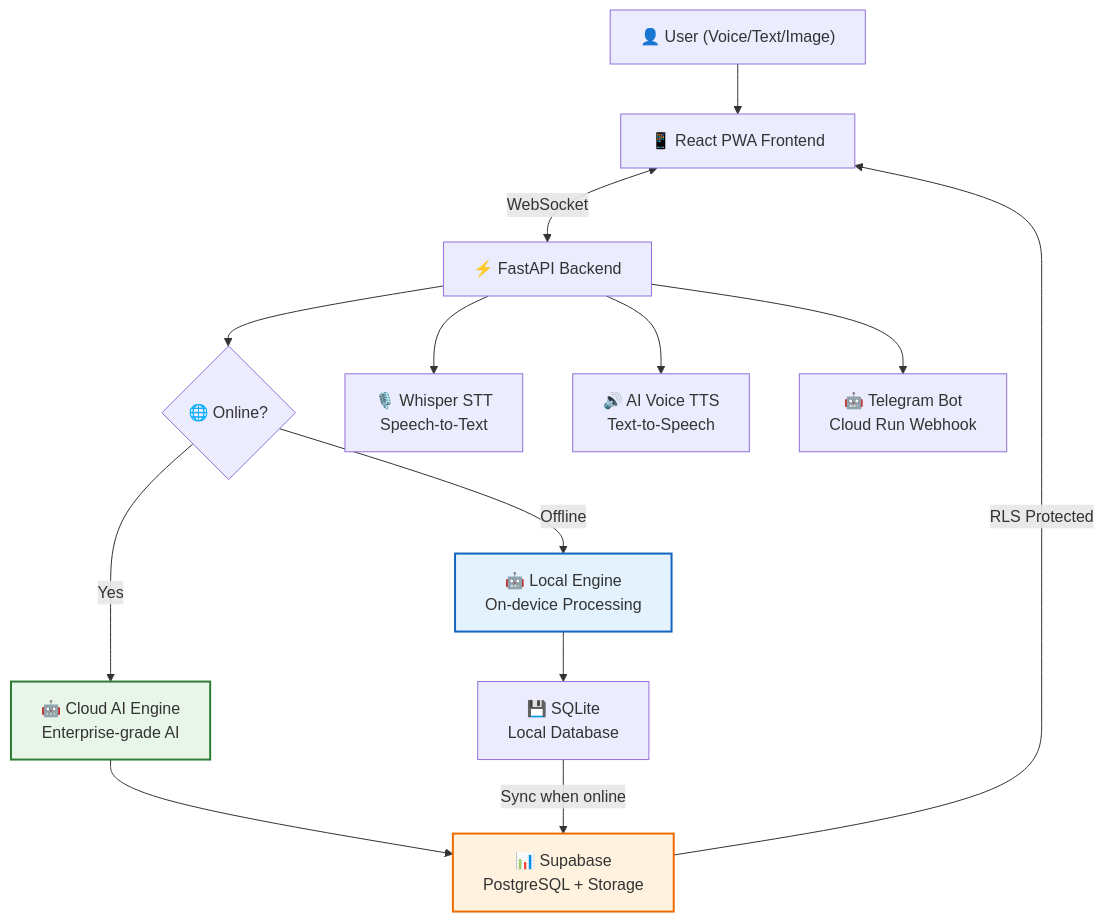
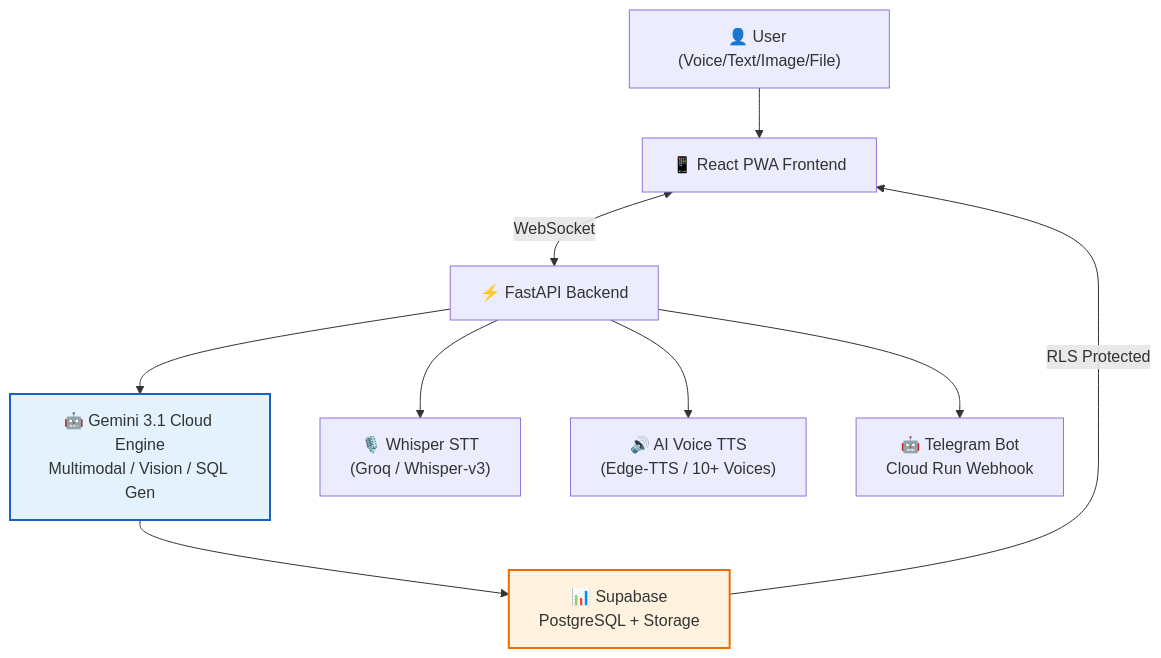
Before and after one commit to mazi3012/dukansathi-monorepo: the first of 2 diagrams in README.md, drawn with Mermaid. The commit also changed other lines of this file, not shown here.

Commit message:
docs: update architecture and agentic pipeline diagrams for Gemini 3.1

````diff
--- a/README.md
+++ b/README.md
@@ -35,26 +35,20 @@
 ```mermaid
 graph TD
-    A["👤 User (Voice/Text/Image)"] --> B["📱 React PWA Frontend"]
+    A["👤 User (Voice/Text/Image/File)"] --> B["📱 React PWA Frontend"]
     
     B <-->|WebSocket| C["⚡ FastAPI Backend"]
     
-    C --> D{"🌐 Online?"}
-    
-    D -->|Yes| E["🤖 Cloud AI Engine<br/>Enterprise-grade AI"]
-    D -->|Offline| F["🤖 Local Engine<br/>On-device Processing"]
+    C --> E["🤖 Gemini 3.1 Cloud Engine<br/>Multimodal / Vision / SQL Gen"]
     
     E --> G["📊 Supabase<br/>PostgreSQL + Storage"]
-    F --> H["💾 SQLite<br/>Local Database"]
     
-    C --> I["🎙️ Whisper STT<br/>Speech-to-Text"]
-    C --> J["🔊 AI Voice TTS<br/>Text-to-Speech"]
+    C --> I["🎙️ Whisper STT<br/>(Groq / Whisper-v3)"]
+    C --> J["🔊 AI Voice TTS<br/>(Edge-TTS / 10+ Voices)"]
     
     C --> K["🤖 Telegram Bot<br/>Cloud Run Webhook"]
     
     G -->|"RLS Protected"| B
-    H -->|"Sync when online"| G
     
-    style E fill:#e8f5e9,stroke:#2e7d32,stroke-width:2px
-    style F fill:#e3f2fd,stroke:#1565c0,stroke-width:2px
+    style E fill:#e3f2fd,stroke:#1565c0,stroke-width:2px
     style G fill:#fff3e0,stroke:#ef6c00,stroke-width:2px
 ```
````
